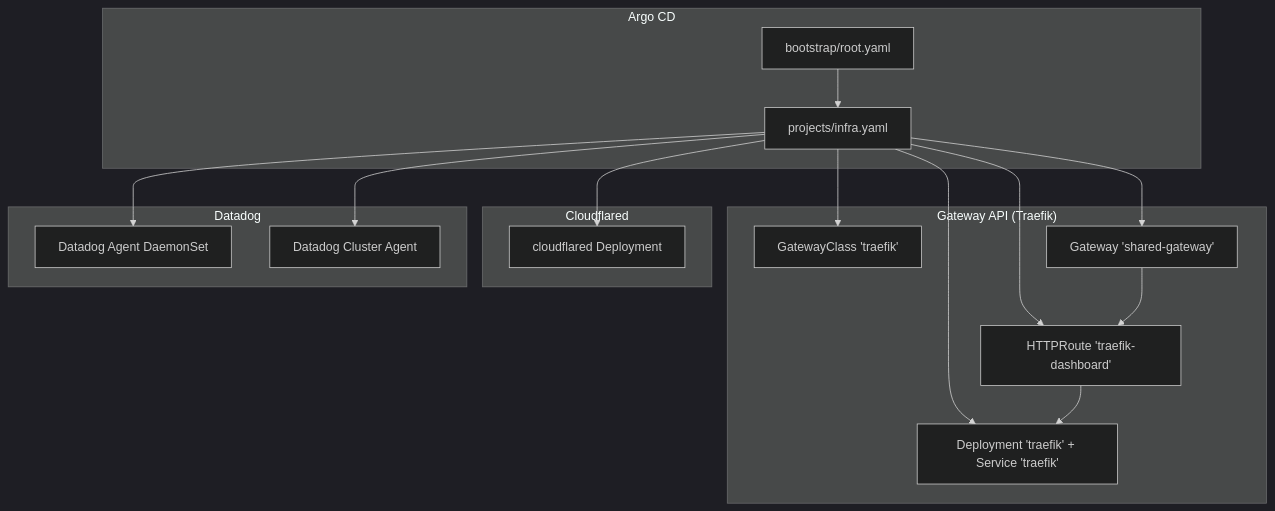
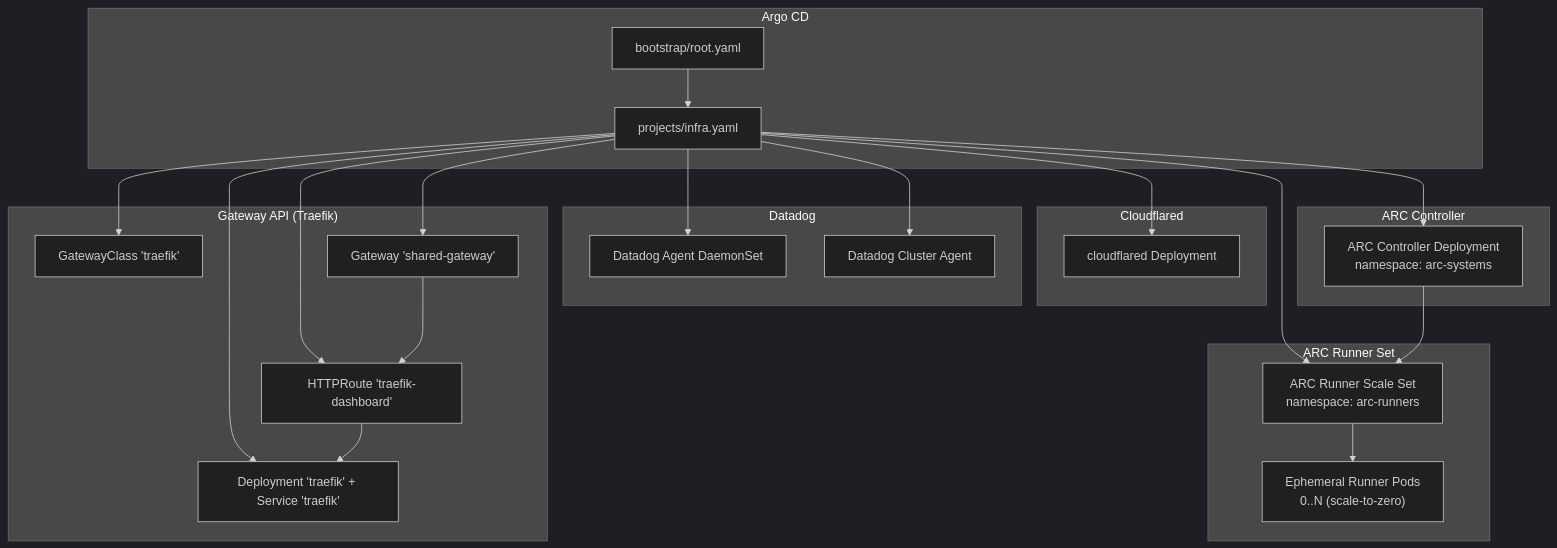
The second of 7 diagrams in .qoder/repowiki/en/content/Infrastructure Applications/Infrastructure Applications.md (Hoangvu75/k8s_manifest), drawn with Mermaid (dark theme) before and after one commit. The commit also changed other lines of this file and 3 other files, not shown here.

First line of the commit message:
docs(repowiki): update architecture, infrastructure, operational features, and playground docs

````diff
--- a/.qoder/repowiki/en/content/Infrastructure Applications/Infrastructure Applications.md
+++ b/.qoder/repowiki/en/content/Infrastructure Applications/Infrastructure Applications.md
@@ -127,30 +154,41 @@
 ```mermaid
 graph TB
 subgraph "Argo CD"
 ROOT["bootstrap/root.yaml"]
 APPSET["projects/infra.yaml"]
 end
 subgraph "Gateway API (Traefik)"
 GC["GatewayClass 'traefik'"]
 G["Gateway 'shared-gateway'"]
 HR["HTTPRoute 'traefik-dashboard'"]
 T["Deployment 'traefik' + Service 'traefik'"]
 end
 subgraph "Cloudflared"
 CF_DEPLOY["cloudflared Deployment"]
 end
 subgraph "Datadog"
 DD_AGENT["Datadog Agent DaemonSet"]
 DD_CLUSTER["Datadog Cluster Agent"]
 end
+subgraph "ARC Controller"
+ARC_CTRL["ARC Controller Deployment\nnamespace: arc-systems"]
+end
+subgraph "ARC Runner Set"
+ARC_RS["ARC Runner Scale Set\nnamespace: arc-runners"]
+ARC_POD["Ephemeral Runner Pods\n0..N (scale-to-zero)"]
+end
 ROOT --> APPSET
 APPSET --> GC
 APPSET --> G
 APPSET --> HR
 APPSET --> T
 APPSET --> CF_DEPLOY
 APPSET --> DD_AGENT
 APPSET --> DD_CLUSTER
+APPSET --> ARC_CTRL
+APPSET --> ARC_RS
 G --> HR
 HR --> T
+ARC_CTRL --> ARC_RS
+ARC_RS --> ARC_POD
 ```
````
